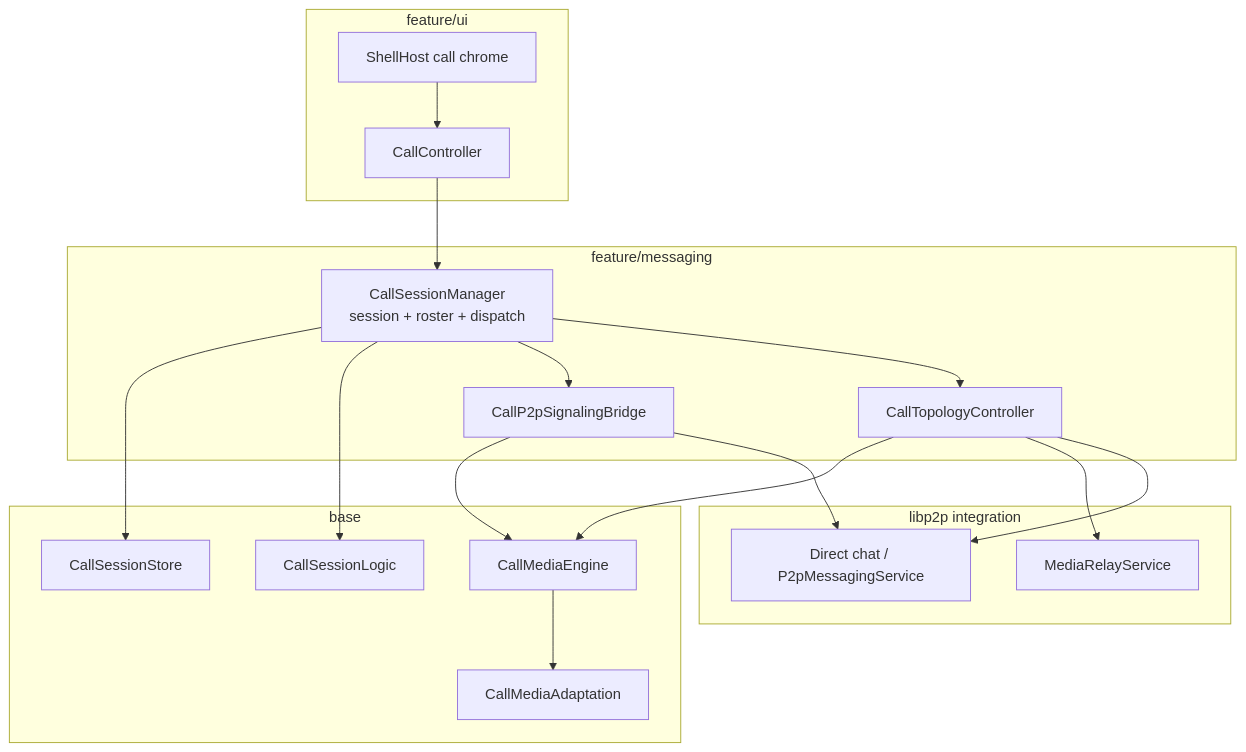
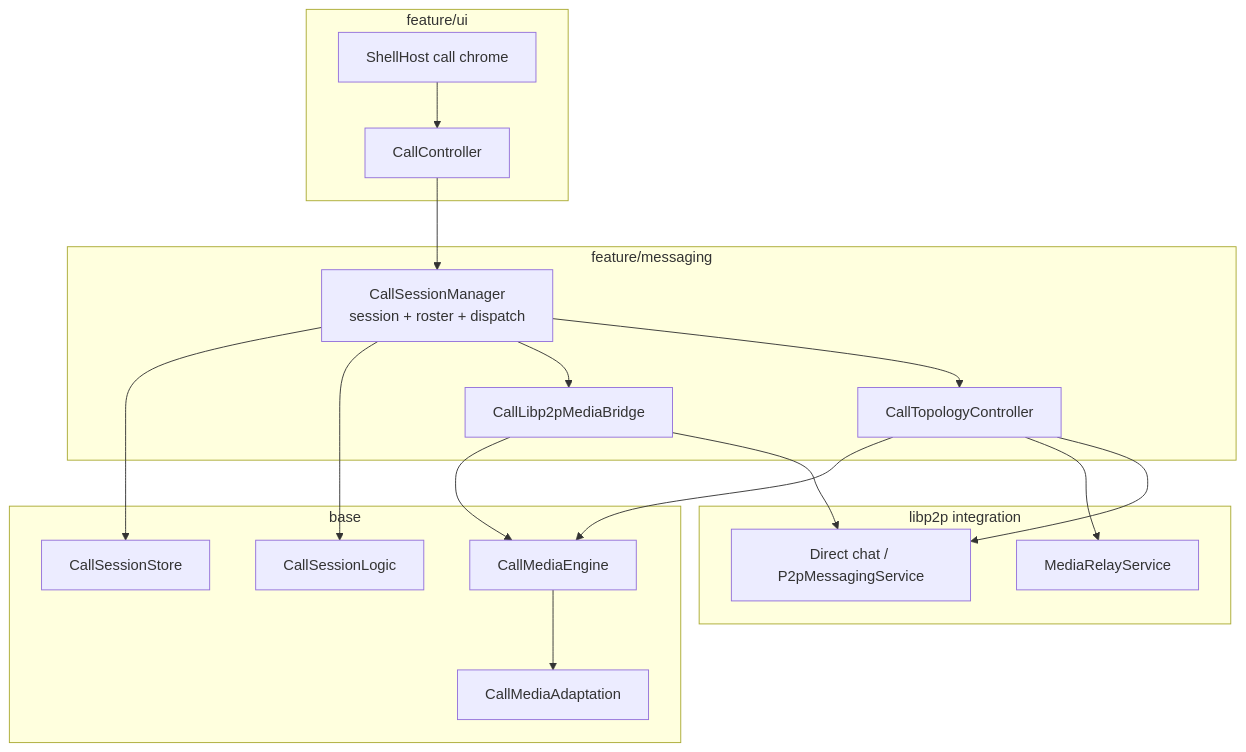
The third of 5 diagrams in docs/architecture/CALLS.md (people-post/pp-browser), drawn with Mermaid before and after one commit. The commit also changed other lines of this file and 20 other files, not shown here.

````diff
--- a/docs/architecture/CALLS.md
+++ b/docs/architecture/CALLS.md
@@ -142,34 +141,34 @@
 ```mermaid
 flowchart TB
   subgraph ui [feature/ui]
     CC[CallController]
     Shell[ShellHost call chrome]
   end
   subgraph feature [feature/messaging]
     CSM[CallSessionManager<br/>session + roster + dispatch]
-    P2P[CallP2pSignalingBridge]
+    L2P[CallLibp2pMediaBridge]
     Topo[CallTopologyController]
   end
   subgraph base [base]
     Store[CallSessionStore]
     Logic[CallSessionLogic]
     Eng[CallMediaEngine]
     Adapt[CallMediaAdaptation]
   end
   subgraph mesh [libp2p integration]
     DM[Direct chat / P2pMessagingService]
     MR[MediaRelayService]
   end
   CC --> CSM
   Shell --> CC
   CSM --> Store
   CSM --> Logic
-  CSM --> P2P
+  CSM --> L2P
   CSM --> Topo
-  P2P --> Eng
-  P2P --> DM
+  L2P --> Eng
+  L2P --> DM
   Topo --> Eng
   Topo --> MR
   Topo --> DM
   Eng --> Adapt
 ```
````
